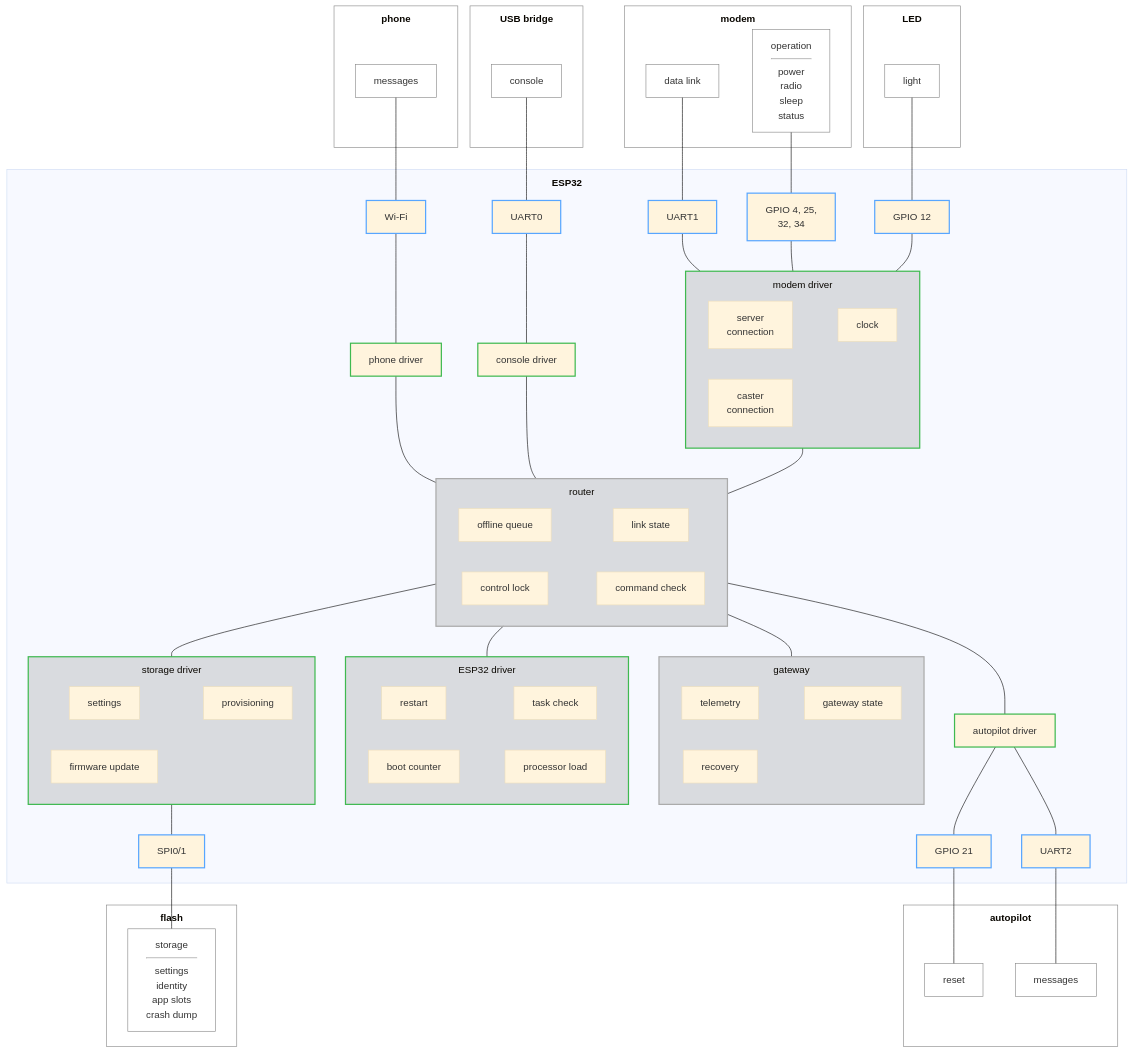
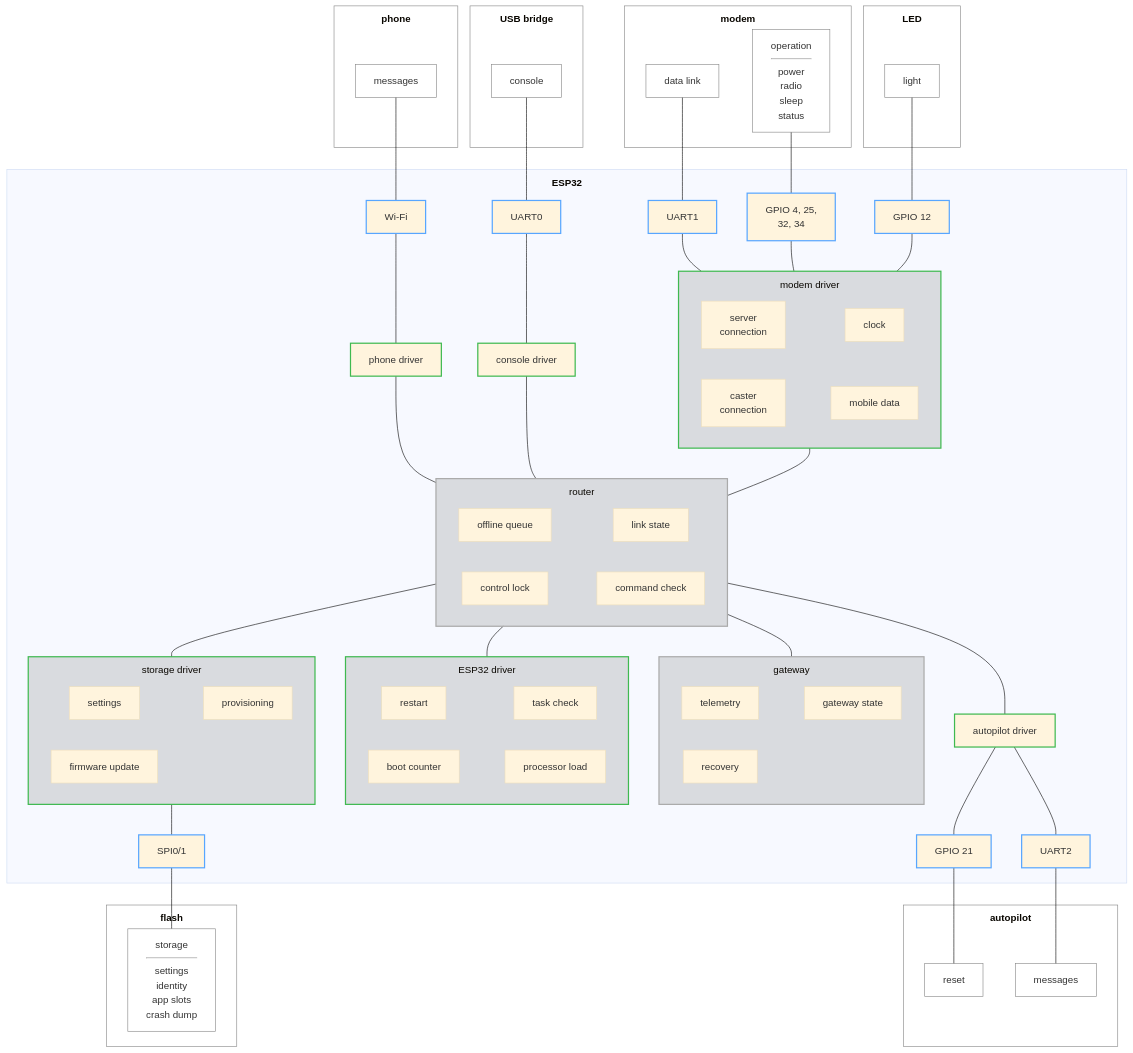
The diagram in .esp-architecture/diagrams/block-draft.md (rmx-lt/rmx-mower-gateway), drawn with Mermaid (base theme) before and after one commit.

Commit message:
Draft: mobile data inside the modem driver

````diff
--- a/.esp-architecture/diagrams/block-draft.md
+++ b/.esp-architecture/diagrams/block-draft.md
@@ -35,9 +35,9 @@
       mqtt["server<br/>connection"]
       cast["caster<br/>connection"]
       clk["clock"]
-      p4[" "]
+      mob["mobile data"]
       mqtt ~~~ clk
-      cast ~~~ p4
+      cast ~~~ mob
     end
     phd["phone driver"]
     con["console driver"]
@@ -108,7 +108,7 @@
   classDef ownerdriver fill:#8884,stroke:#3fb950,stroke-width:2px
   class conn,fs,esp ownerdriver
   classDef pad fill:none,stroke:none
-  class p2,p4,p5 pad
+  class p2,p5 pad
   classDef device fill:none,stroke:#888
   class modem,mdata,mctl,led,lparts,ap,amsg,areset,ph,pparts,usb,uparts,fl,fparts device
 ```
````
